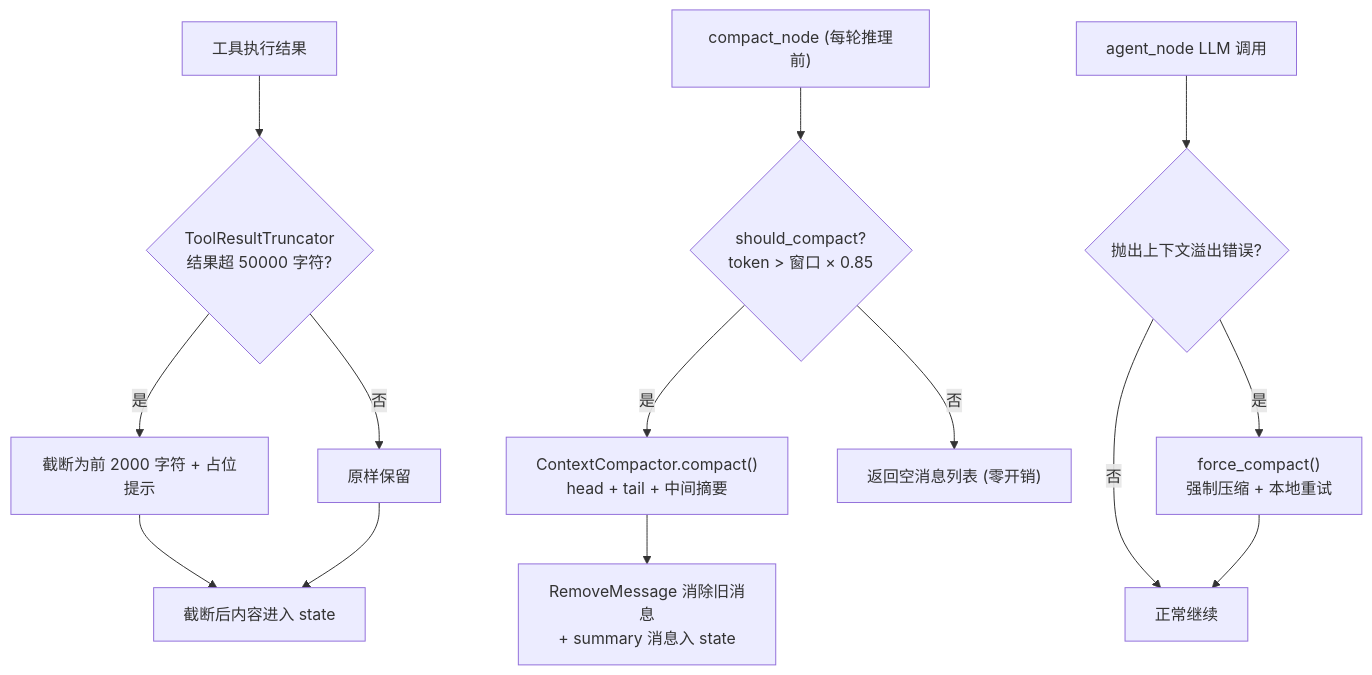
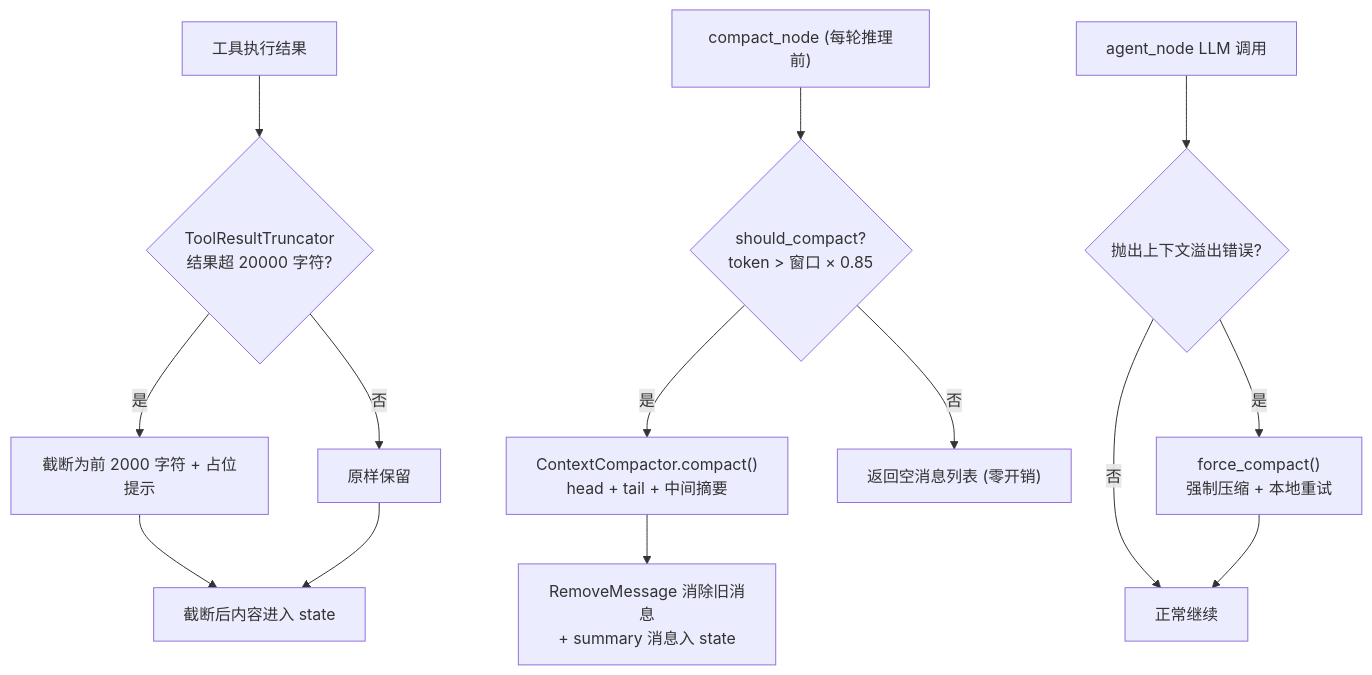
One commit to czyt1988/data-workbench changed the first of 3 diagrams in docs/zh/dev-guide/agent/context-management.md. Above: the diagram before and after it, drawn with Mermaid. The commit also changed other lines of this file and 69 other files, not shown here.

````diff
--- a/docs/zh/dev-guide/agent/context-management.md
+++ b/docs/zh/dev-guide/agent/context-management.md
@@ -11,18 +11,18 @@
 ```mermaid
 graph TD
-    A["工具执行结果"] --> B{"ToolResultTruncator<br/>结果超 50000 字符?"}
+    A["工具执行结果"] --> B{"ToolResultTruncator<br/>结果超 20000 字符?"}
     B -->|"是"| C["截断为前 2000 字符 + 占位提示"]
     B -->|"否"| D["原样保留"]
     C --> E["截断后内容进入 state"]
     D --> E
 
     F["compact_node (每轮推理前)"] --> G{"should_compact?<br/>token > 窗口 × 0.85"}
     G -->|"是"| H["ContextCompactor.compact()<br/>head + tail + 中间摘要"]
     G -->|"否"| I["返回空消息列表 (零开销)"]
     H --> J["RemoveMessage 消除旧消息<br/>+ summary 消息入 state"]
 
     K["agent_node LLM 调用"] --> L{"抛出上下文溢出错误?"}
     L -->|"是"| M["force_compact()<br/>强制压缩 + 本地重试"]
     L -->|"否"| N["正常继续"]
     M --> N
 ```
````
